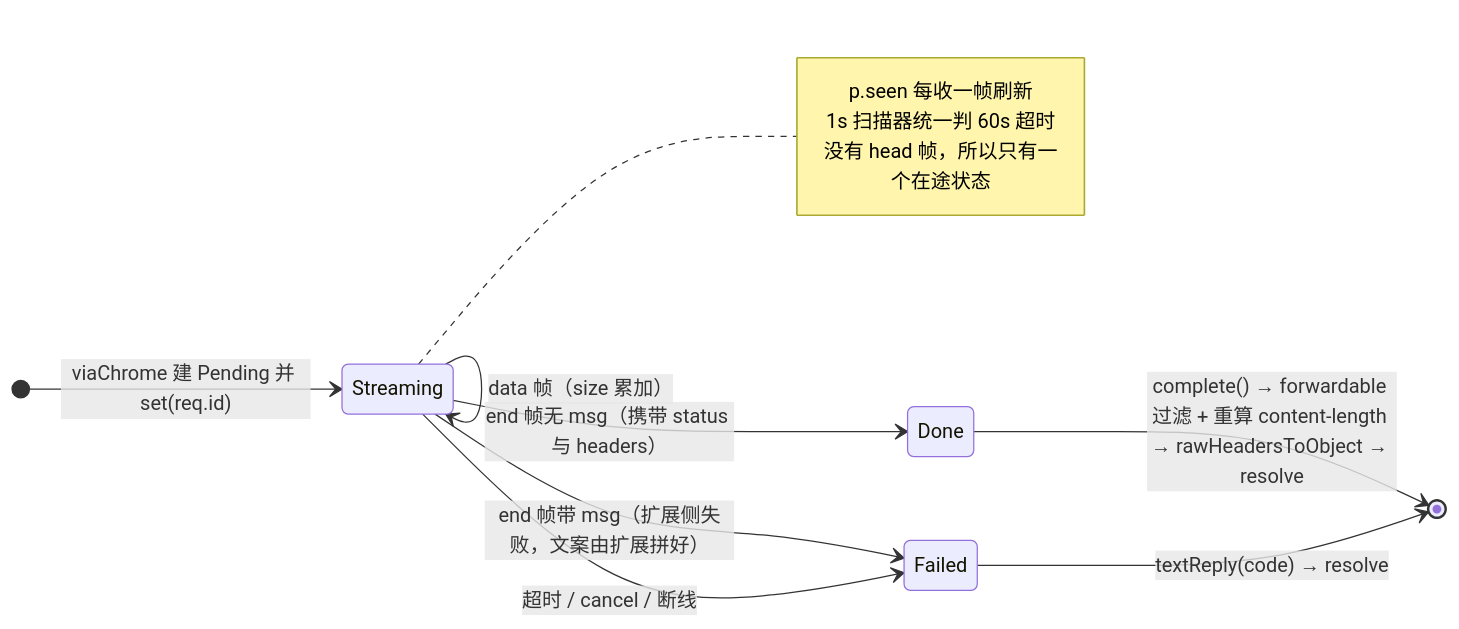
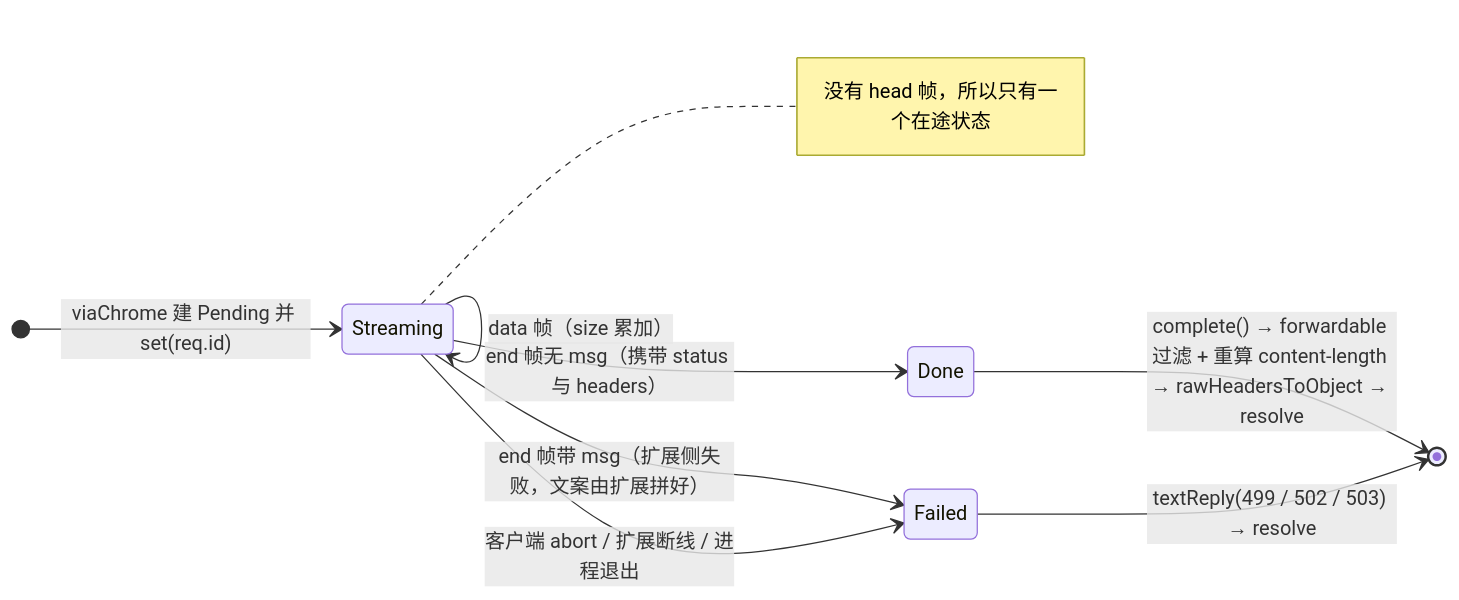
One commit to XhstormR/chrome-bridge changed the fifth of 5 diagrams in README.md. Above: the diagram before and after it, drawn with Mermaid. The commit also changed other lines of this file and 5 other files, not shown here.

````diff
--- a/README.md
+++ b/README.md
@@ -185,18 +179,16 @@
 ```mermaid
 stateDiagram-v2
     direction LR
     [*] --> Streaming: viaChrome 建 Pending 并 set(req.id)
     Streaming --> Streaming: data 帧（size 累加）
     Streaming --> Done: end 帧无 msg（携带 status 与 headers）
     Streaming --> Failed: end 帧带 msg（扩展侧失败，文案由扩展拼好）
-    Streaming --> Failed: 超时 / cancel / 断线
+    Streaming --> Failed: 客户端 abort / 扩展断线 / 进程退出
 
     Done --> [*]: complete() → forwardable 过滤 + 重算 content-length → rawHeadersToObject → resolve
-    Failed --> [*]: textReply(code) → resolve
+    Failed --> [*]: textReply(499 / 502 / 503) → resolve
 
     note right of Streaming
-        p.seen 每收一帧刷新
-        1s 扫描器统一判 60s 超时
         没有 head 帧，所以只有一个在途状态
     end note
 ```
````
